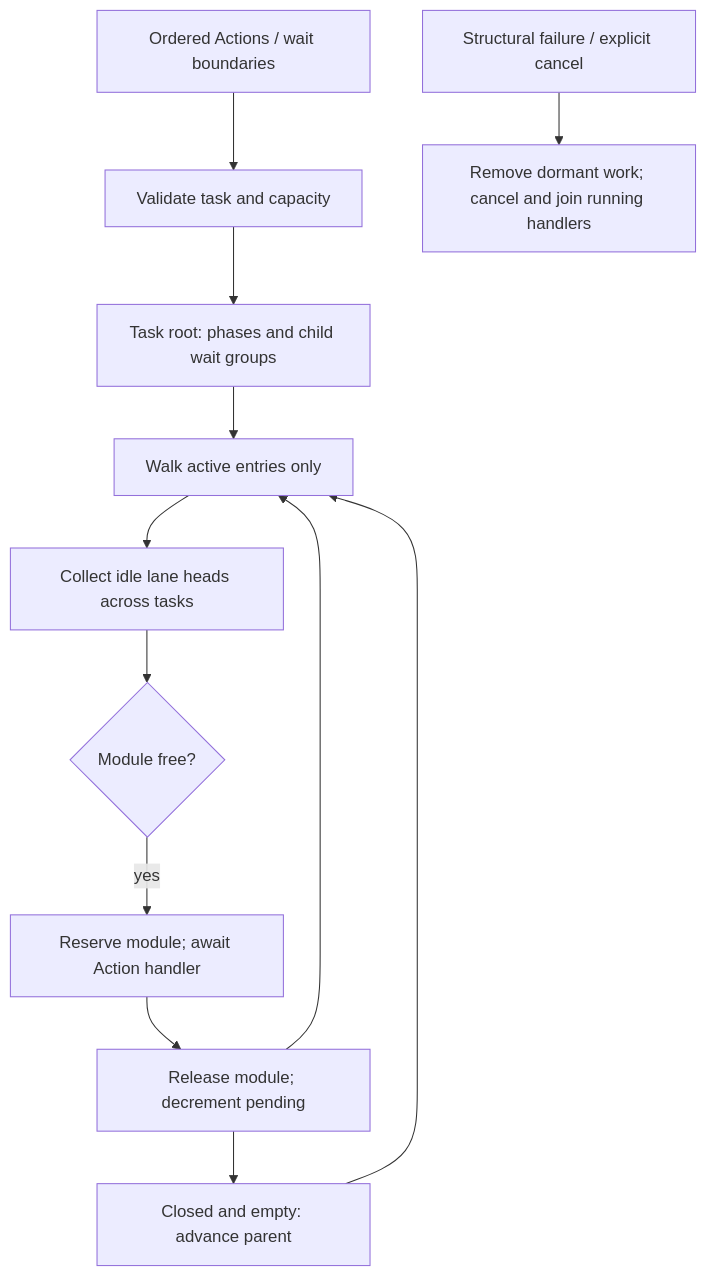
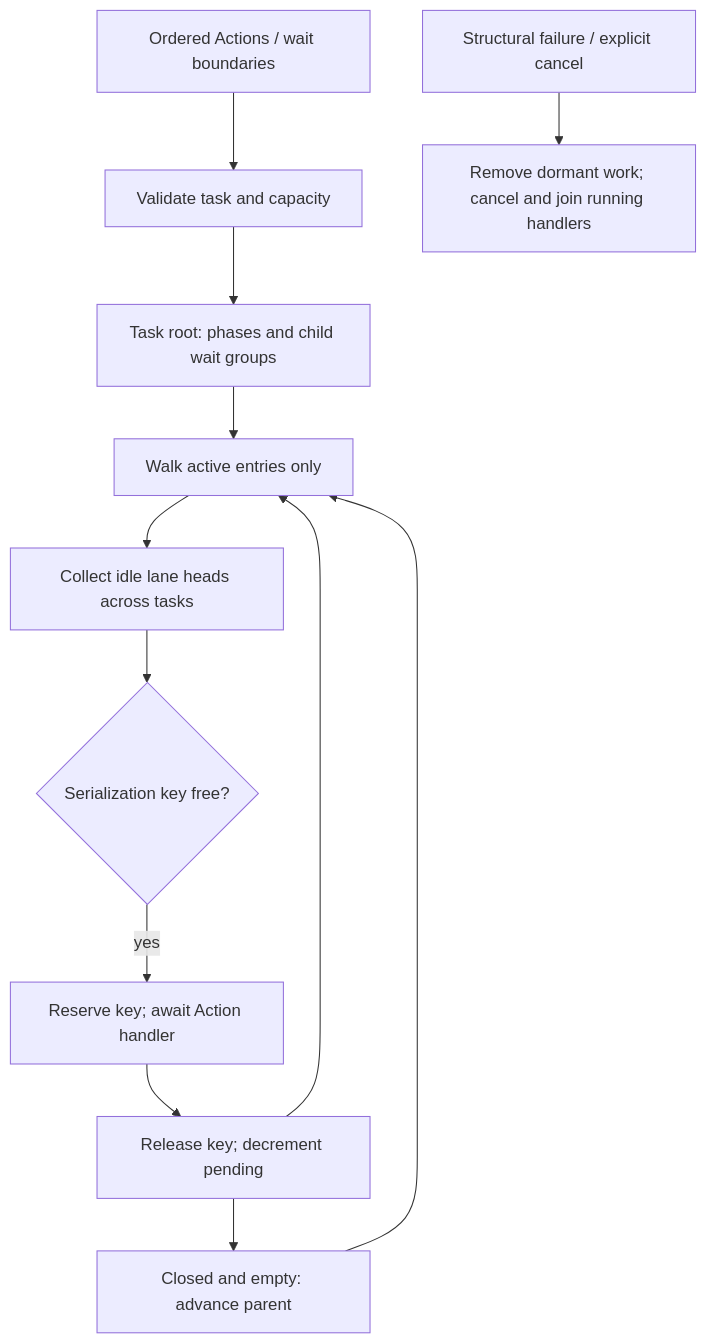
Before and after one commit to devilyouwei/MobileHarness: the first of 8 diagrams in MobileHarness/Gateway/Output/Scheduling/README.md, drawn with Mermaid. The commit also changed other lines of this file and 238 other files, not shown here.

````diff
--- a/MobileHarness/Gateway/Output/Scheduling/README.md
+++ b/MobileHarness/Gateway/Output/Scheduling/README.md
@@ -27,14 +27,14 @@
 ```mermaid
 flowchart TD
     Events[Ordered Actions / wait boundaries] --> Admit[Validate task and capacity]
     Admit --> Tree[Task root: phases and child wait groups]
     Tree --> Active[Walk active entries only]
     Active --> Heads[Collect idle lane heads across tasks]
-    Heads --> Resources{Module free?}
-    Resources -->|yes| Execute[Reserve module; await Action handler]
-    Execute --> Release[Release module; decrement pending]
+    Heads --> Resources{Serialization key free?}
+    Resources -->|yes| Execute[Reserve key; await Action handler]
+    Execute --> Release[Release key; decrement pending]
     Release --> Active
     Release --> Join[Closed and empty: advance parent]
     Join --> Active
     Cancel[Structural failure / explicit cancel] --> Cleanup[Remove dormant work; cancel and join running handlers]
 ```
````
